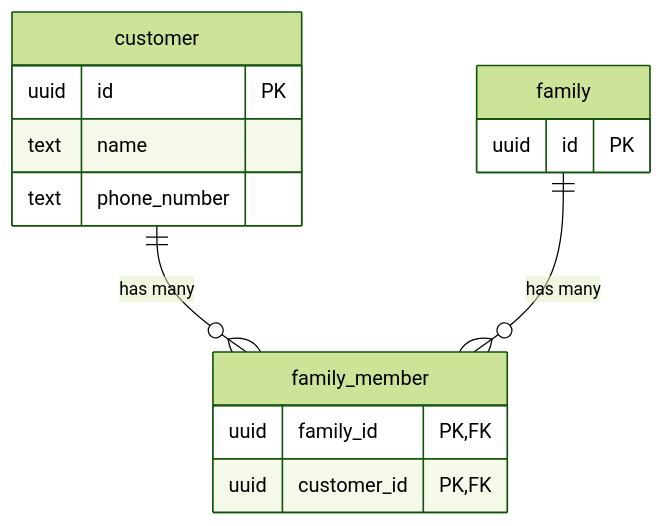
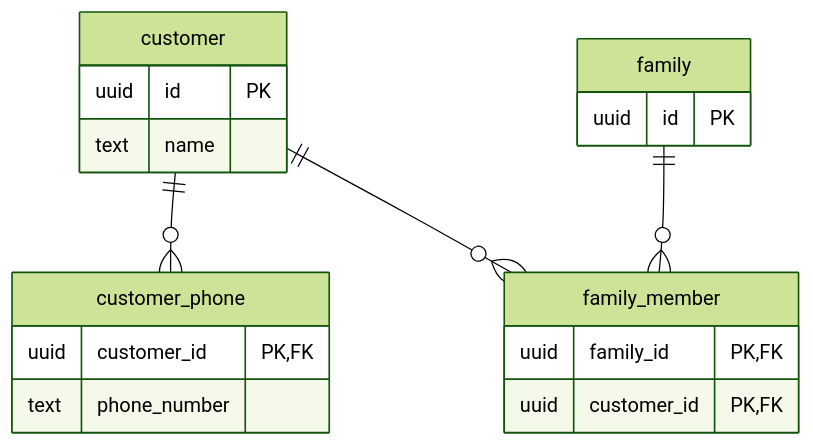
The diagram in schema.mermaid (sunnyone/constraint-trigger-exp), drawn with Mermaid (forest theme) before and after one commit. The commit also changed 10 other files, not shown here.

```diff
--- a/schema.mermaid
+++ b/schema.mermaid
@@ -1,19 +1,24 @@
 erDiagram
 
-    customer {
-        uuid id PK
-        text name
-        text phone_number
-    }
+customer {
+    uuid id PK
+    text name
+}
 
-    family {
-        uuid id PK
-    }
+customer_phone {
+    uuid customer_id PK, FK
+    text phone_number
+}
 
-    family_member {
-        uuid family_id PK, FK
-        uuid customer_id PK, FK
-    }
+family {
+    uuid id PK
+}
 
-    customer ||--o{ family_member : "has many"
-    family   ||--o{ family_member : "has many"
+family_member {
+    uuid family_id PK, FK
+    uuid customer_id PK, FK
+}
+
+customer ||--o{ customer_phone : ""
+customer ||--o{ family_member : ""
+family ||--o{ family_member : ""
```
